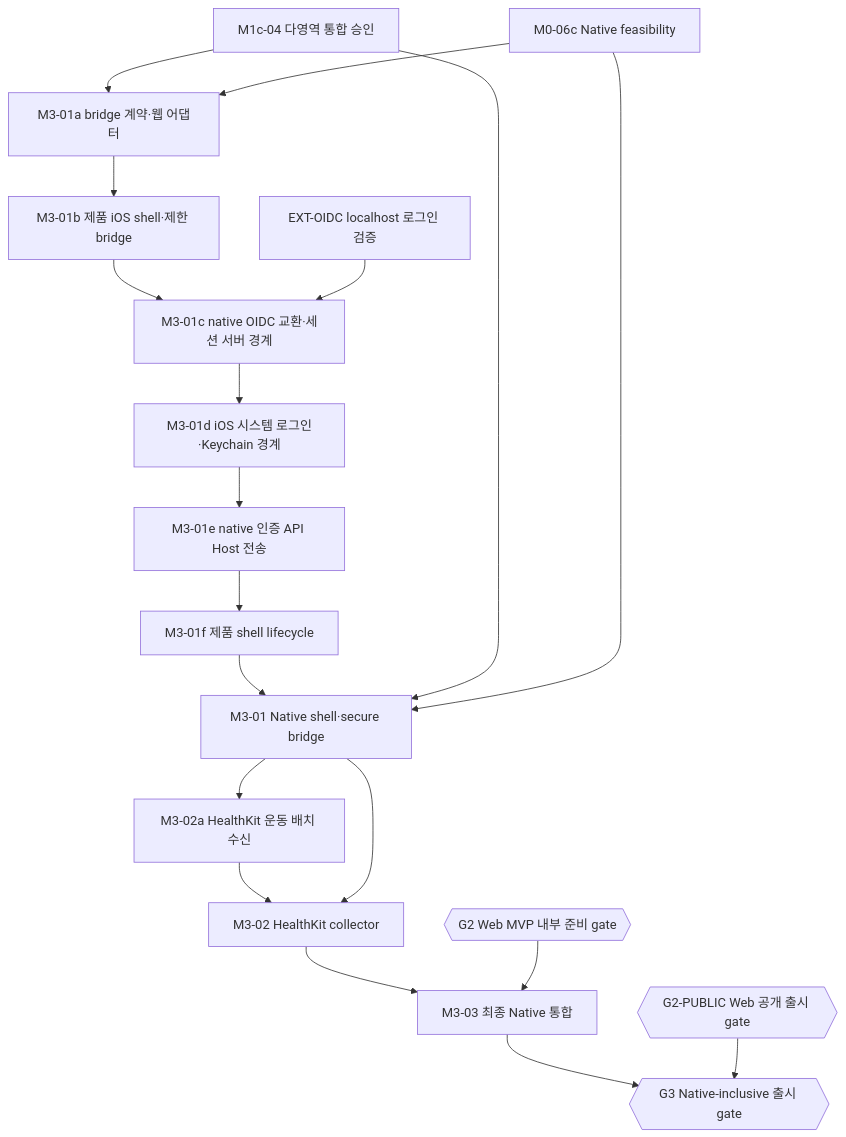
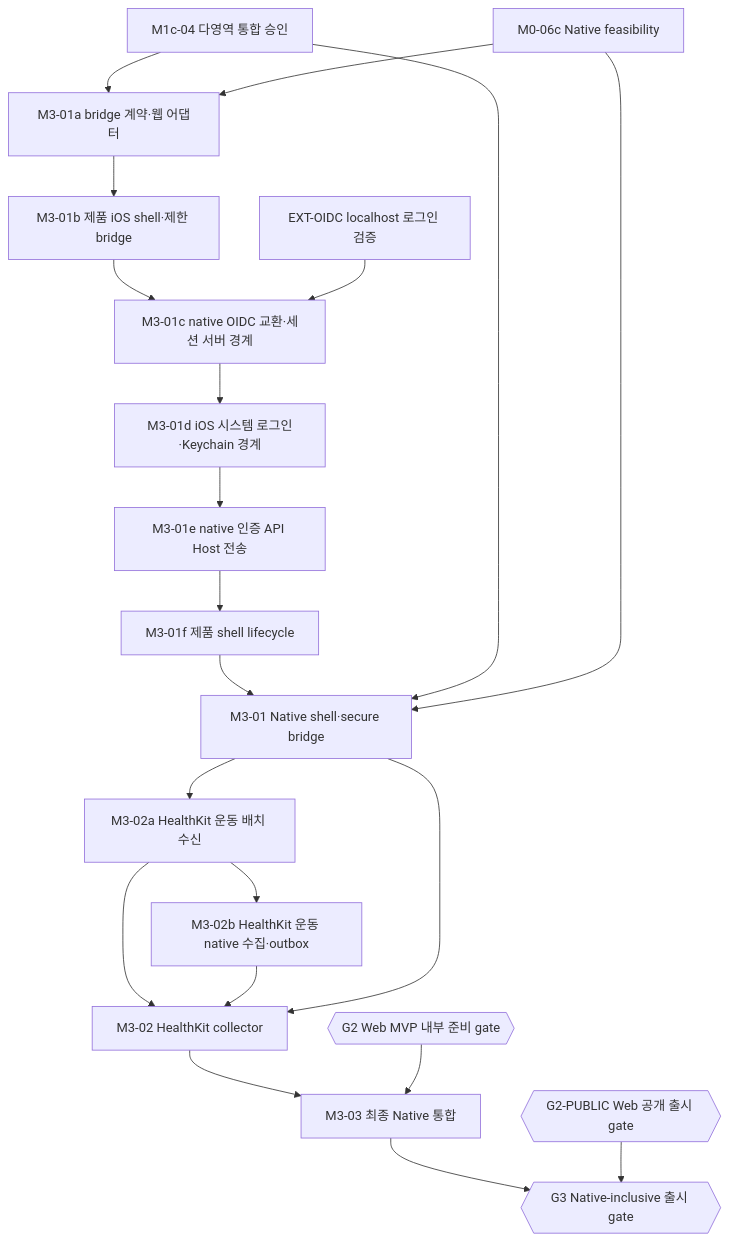
Before and after one commit to peacecheejecake/workout-manager: the third of 3 diagrams in docs/implementation/task-graph.md, drawn with Mermaid. The commit also changed other lines of this file and 13 other files, not shown here.

````diff
--- a/docs/implementation/task-graph.md
+++ b/docs/implementation/task-graph.md
@@ -524,37 +524,40 @@
 ```mermaid
 flowchart TD
     task8["M0-06c Native feasibility"]
     task25["M1c-04 다영역 통합 승인"]
     task33{{"G2 Web MVP 내부 준비 gate"}}
     publicGate{{"G2-PUBLIC Web 공개 출시 gate"}}
     task34["M3-01 Native shell·secure bridge"]
     task34a["M3-01a bridge 계약·웹 어댑터"]
     task34b["M3-01b 제품 iOS shell·제한 bridge"]
     task34c["M3-01c native OIDC 교환·세션 서버 경계"]
     task34d["M3-01d iOS 시스템 로그인·Keychain 경계"]
     task34e["M3-01e native 인증 API Host 전송"]
     task34f["M3-01f 제품 shell lifecycle"]
     oidc["EXT-OIDC localhost 로그인 검증"]
     task35a["M3-02a HealthKit 운동 배치 수신"]
+    task35b["M3-02b HealthKit 운동 native 수집·outbox"]
     task35["M3-02 HealthKit collector"]
     task36["M3-03 최종 Native 통합"]
     task37{{"G3 Native-inclusive 출시 gate"}}
     task25 --> task34a
     task8 --> task34a
     task34a --> task34b
     task34b --> task34c
     oidc --> task34c
     task34c --> task34d
     task34d --> task34e
     task34e --> task34f
     task34f --> task34
     task25 --> task34
     task8 --> task34
     task34 --> task35a
     task35a --> task35
+    task35a --> task35b
+    task35b --> task35
     task34 --> task35
     task35 --> task36
     task33 --> task36
     task36 --> task37
     publicGate --> task37
 ```
````
